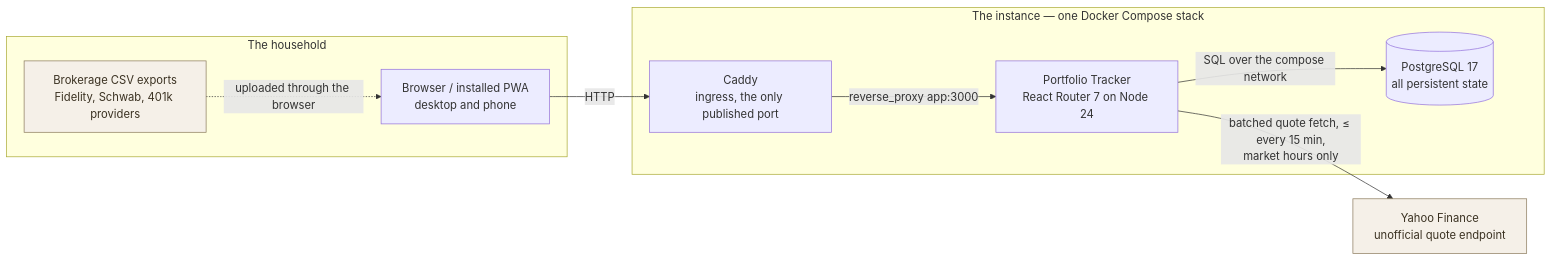
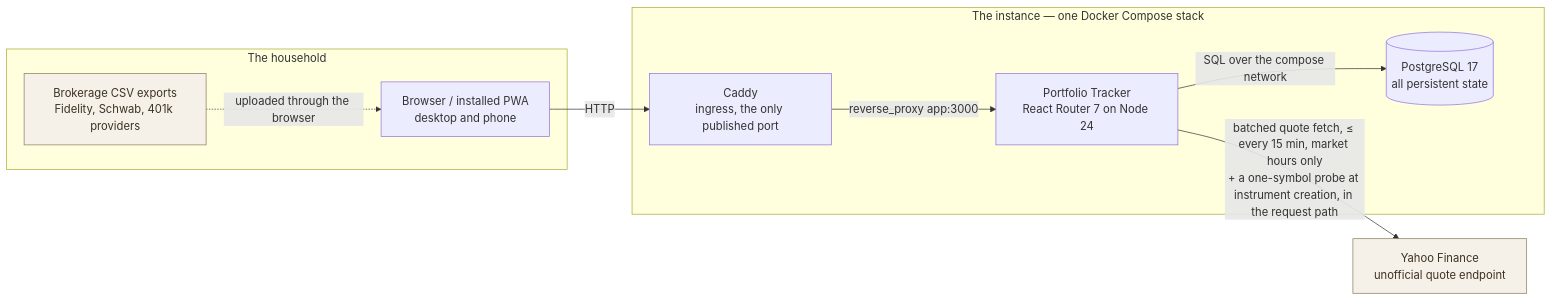
One commit to chethan123/portfolio changed the first of 10 diagrams in ARCHITECTURE.md. Above: the diagram before and after it, drawn with Mermaid. The commit also changed other lines of this file, not shown here.

````diff
--- a/ARCHITECTURE.md
+++ b/ARCHITECTURE.md
@@ -58,24 +58,24 @@
 ```mermaid
 graph LR
     subgraph household["The household"]
         browser["Browser / installed PWA<br/>desktop and phone"]
         csv["Brokerage CSV exports<br/>Fidelity, Schwab, 401k providers"]
     end
 
     subgraph instance["The instance — one Docker Compose stack"]
         caddy["Caddy<br/>ingress, the only published port"]
         app["Portfolio Tracker<br/>React Router 7 on Node 24"]
         db[("PostgreSQL 17<br/>all persistent state")]
     end
 
     yahoo["Yahoo Finance<br/>unofficial quote endpoint"]
 
     browser -->|HTTP| caddy
     caddy -->|"reverse_proxy app:3000"| app
     csv -.->|"uploaded through the browser"| browser
     app -->|SQL over the compose network| db
-    app -->|"batched quote fetch, ≤ every 15 min,<br/>market hours only"| yahoo
+    app -->|"batched quote fetch, ≤ every 15 min, market hours only<br/>+ a one-symbol probe at instrument creation, in the request path"| yahoo
 
     classDef ext fill:#f5f0e8,stroke:#8a7a5c,color:#3b3222
     class yahoo,csv ext
 ```
````
